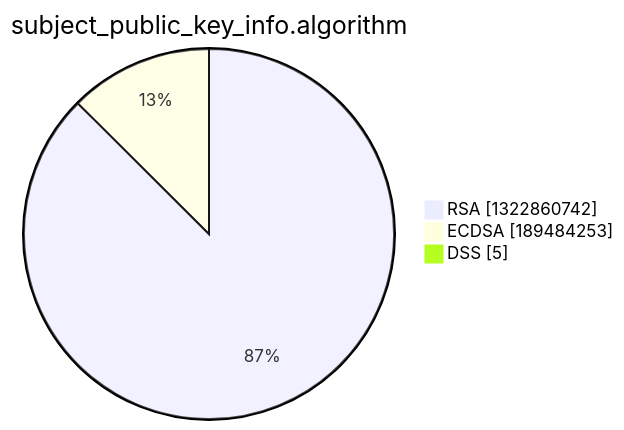
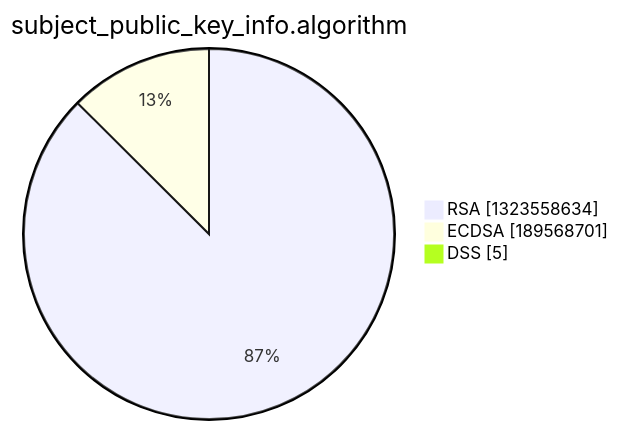
The third of 15 diagrams in xenon2022/README.md (christiankrug/ctmonitor_visualization), drawn with Mermaid before and after one commit. The commit also changed other lines of this file, not shown here.

````diff
--- a/xenon2022/README.md
+++ b/xenon2022/README.md
@@ -14,7 +14,7 @@
 ```mermaid
 pie showData
 title subject_public_key_info.algorithm
-"RSA" :1322860742
-"ECDSA" :189484253
+"RSA" :1323558634
+"ECDSA" :189568701
 "DSS" :5
 ```
````
